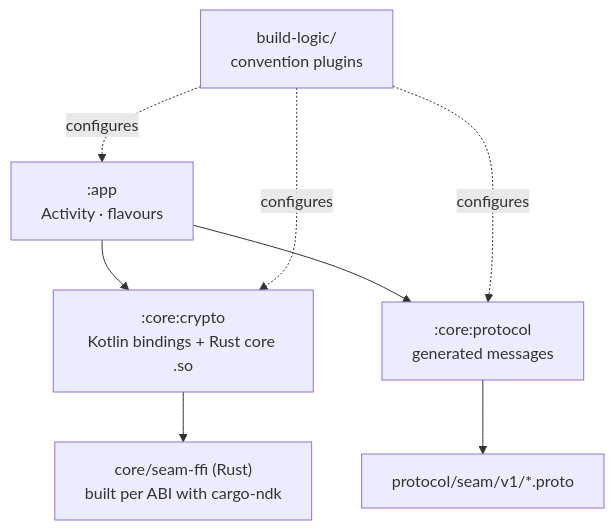
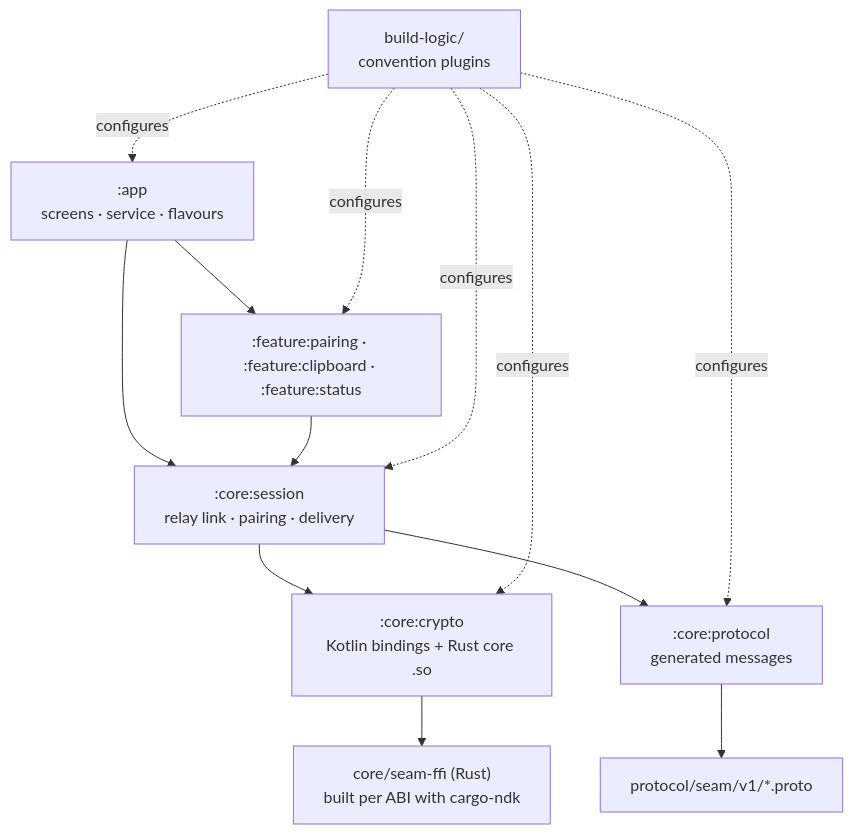
Before and after one commit to aveterosystems/seam: the diagram in apps/android/README.md, drawn with Mermaid. The commit also changed other lines of this file and 5 other files, not shown here.

````diff
--- a/apps/android/README.md
+++ b/apps/android/README.md
@@ -9,8 +13,11 @@
 ```mermaid
 flowchart TB
-    app[":app<br/>Activity · flavours"] --> crypto[":core:crypto<br/>Kotlin bindings + Rust core .so"]
-    app --> protocol[":core:protocol<br/>generated messages"]
+    app[":app<br/>screens · service · flavours"] --> features[":feature:pairing · :feature:clipboard · :feature:status"]
+    app --> session
+    features --> session[":core:session<br/>relay link · pairing · delivery"]
+    session --> crypto[":core:crypto<br/>Kotlin bindings + Rust core .so"]
+    session --> protocol[":core:protocol<br/>generated messages"]
     crypto --> rust["core/seam-ffi (Rust)<br/>built per ABI with cargo-ndk"]
     protocol --> proto["protocol/seam/v1/*.proto"]
-    logic["build-logic/<br/>convention plugins"] -. "configures" .-> app & crypto & protocol
+    logic["build-logic/<br/>convention plugins"] -. "configures" .-> app & features & session & crypto & protocol
 ```
````
